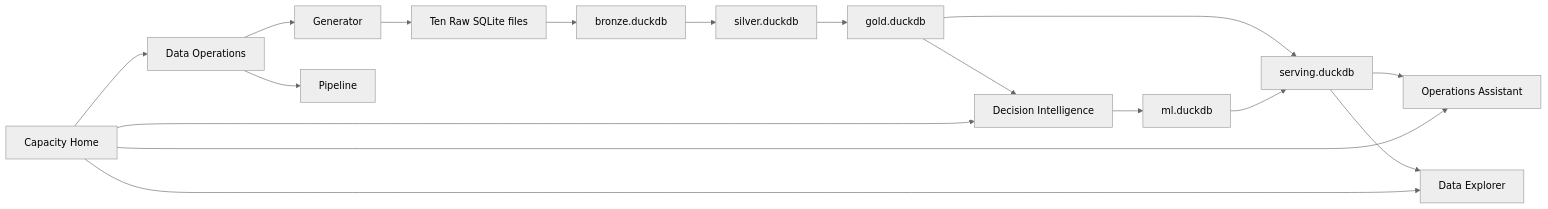
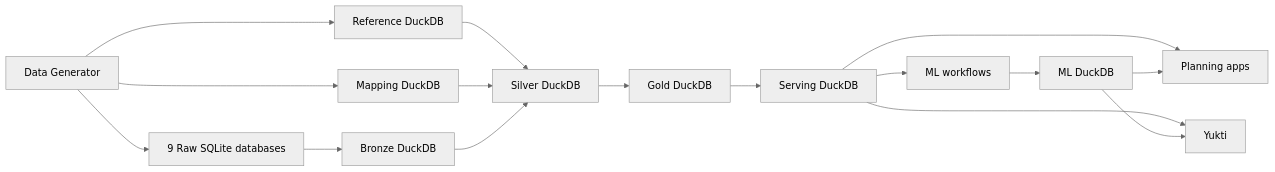
The diagram in docs/architecture/system-architecture.md (jayantsom/Capacity_Planning_Digital_Twin), drawn with Mermaid (neutral theme) before and after one commit. The commit also changed other lines of this file and 201 other files, not shown here.

````diff
--- a/docs/architecture/system-architecture.md
+++ b/docs/architecture/system-architecture.md
@@ -10,20 +7,18 @@
 ```mermaid
-%% Show the approved local data flow.
 flowchart LR
-  D[Data Operations] --> G[Generator]
-  D --> P[Pipeline]
-  G --> R[Ten Raw SQLite files]
-  R --> B[bronze.duckdb]
-  B --> S[silver.duckdb]
-  S --> O[gold.duckdb]
-  O --> M[Decision Intelligence]
-  M --> MD[ml.duckdb]
-  O --> V[serving.duckdb]
-  MD --> V
-  V --> Y[Operations Assistant]
-  V --> E[Data Explorer]
-  H[Capacity Home] --> Y
-  H --> E
-  H --> D
-  H --> M
+  G[Data Generator] --> R[9 Raw SQLite databases]
+  G --> RF[Reference DuckDB]
+  G --> MP[Mapping DuckDB]
+  R --> B[Bronze DuckDB]
+  RF --> S[Silver DuckDB]
+  MP --> S
+  B --> S
+  S --> O[Gold DuckDB]
+  O --> V[Serving DuckDB]
+  V --> ML[ML workflows]
+  ML --> M[ML DuckDB]
+  V --> A[Planning apps]
+  M --> A
+  V --> Y[Yukti]
+  M --> Y
 ```
````
